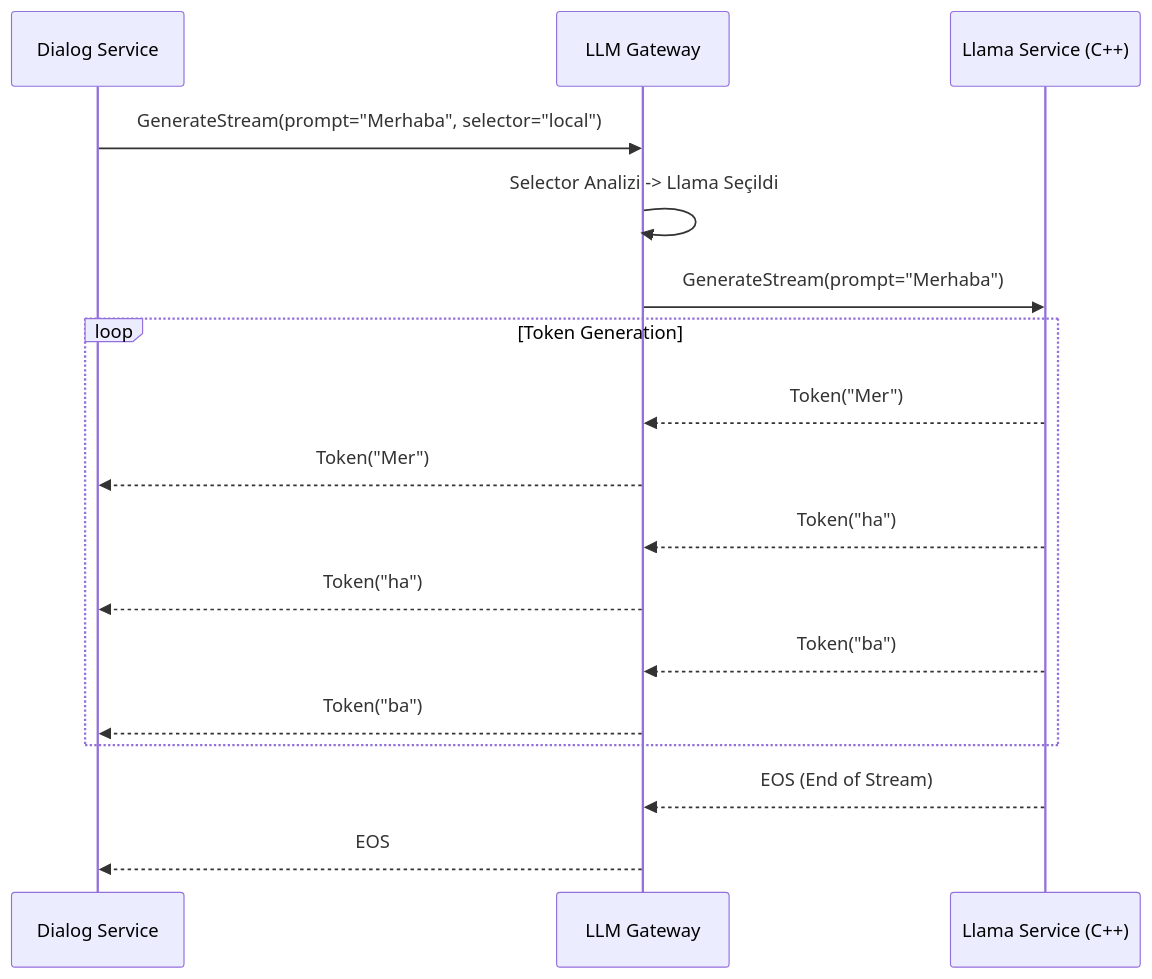
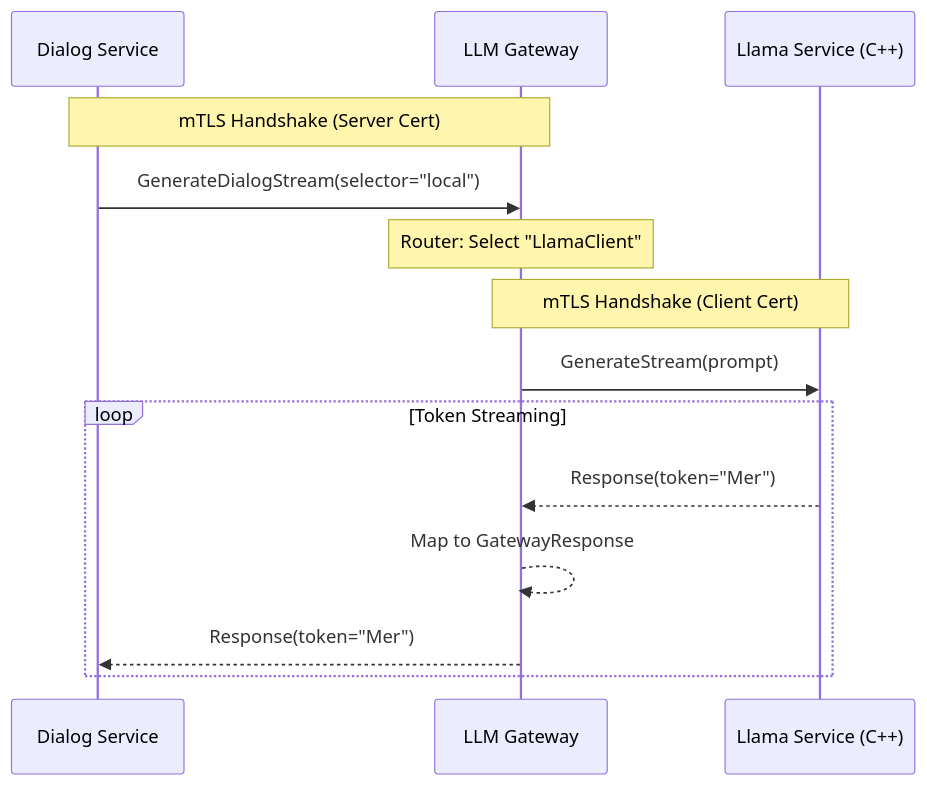
The diagram in LOGIC.md (sentiric/sentiric-llm-gateway-service), drawn with Mermaid before and after one commit. The commit also changed other lines of this file and 2 other files, not shown here.

First line of the commit message:
docs(llm-gateway): update architectural documentation for mTLS v2

````diff
--- a/LOGIC.md
+++ b/LOGIC.md
@@ -19,22 +14,20 @@
 ```mermaid
 sequenceDiagram
     participant Dialog as Dialog Service
     participant GW as LLM Gateway
     participant Llama as Llama Service (C++)
 
-    Dialog->>GW: GenerateStream(prompt="Merhaba", selector="local")
-    GW->>GW: Selector Analizi -> Llama Seçildi
-    GW->>Llama: GenerateStream(prompt="Merhaba")
+    Note over Dialog, GW: mTLS Handshake (Server Cert)
+    Dialog->>GW: GenerateDialogStream(selector="local")
     
-    loop Token Generation
-        Llama-->>GW: Token("Mer")
-        GW-->>Dialog: Token("Mer")
-        Llama-->>GW: Token("ha")
-        GW-->>Dialog: Token("ha")
-        Llama-->>GW: Token("ba")
-        GW-->>Dialog: Token("ba")
+    Note over GW: Router: Select "LlamaClient"
+    Note over GW, Llama: mTLS Handshake (Client Cert)
+    
+    GW->>Llama: GenerateStream(prompt)
+    
+    loop Token Streaming
+        Llama-->>GW: Response(token="Mer")
+        GW-->>GW: Map to GatewayResponse
+        GW-->>Dialog: Response(token="Mer")
     end
-    
-    Llama-->>GW: EOS (End of Stream)
-    GW-->>Dialog: EOS
 ```
````
